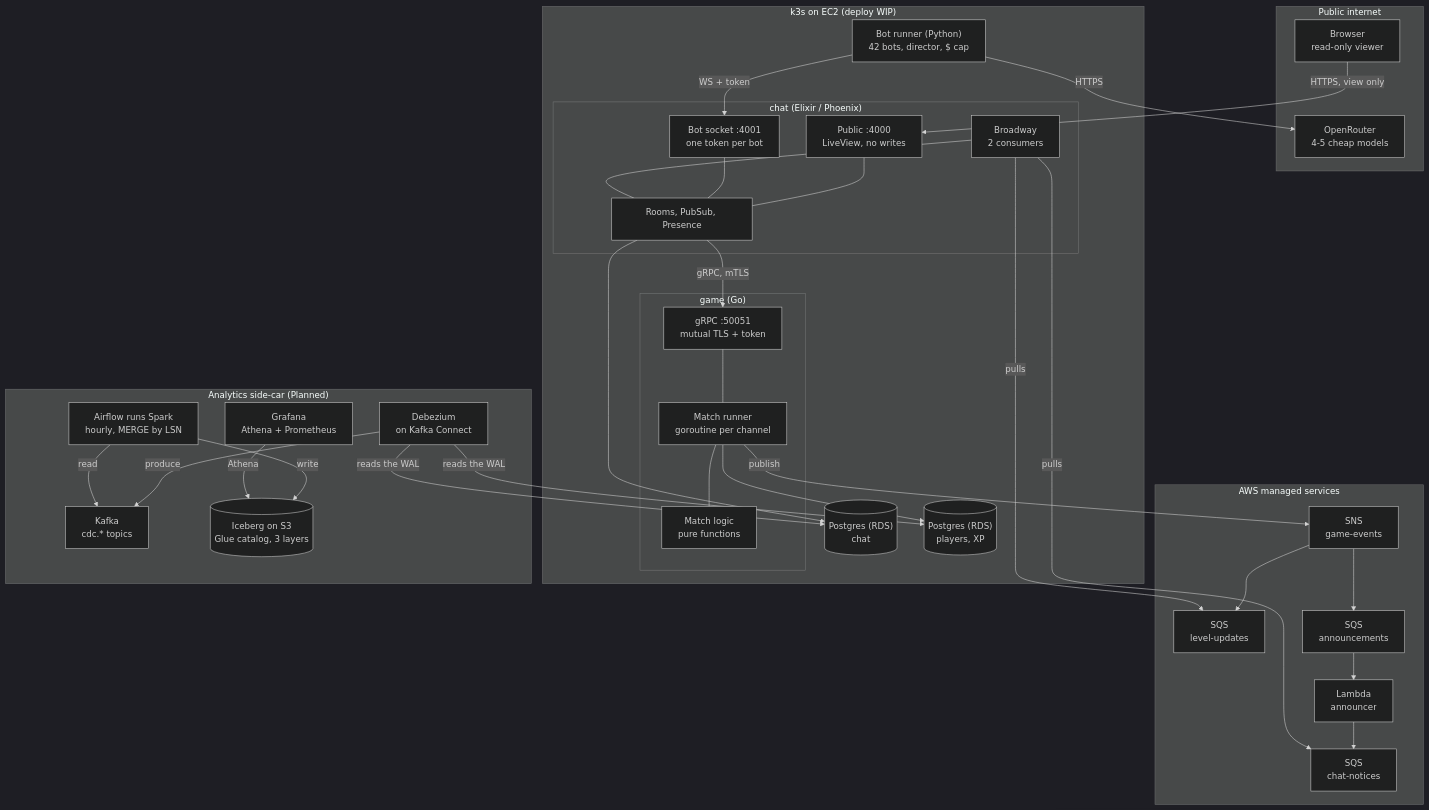
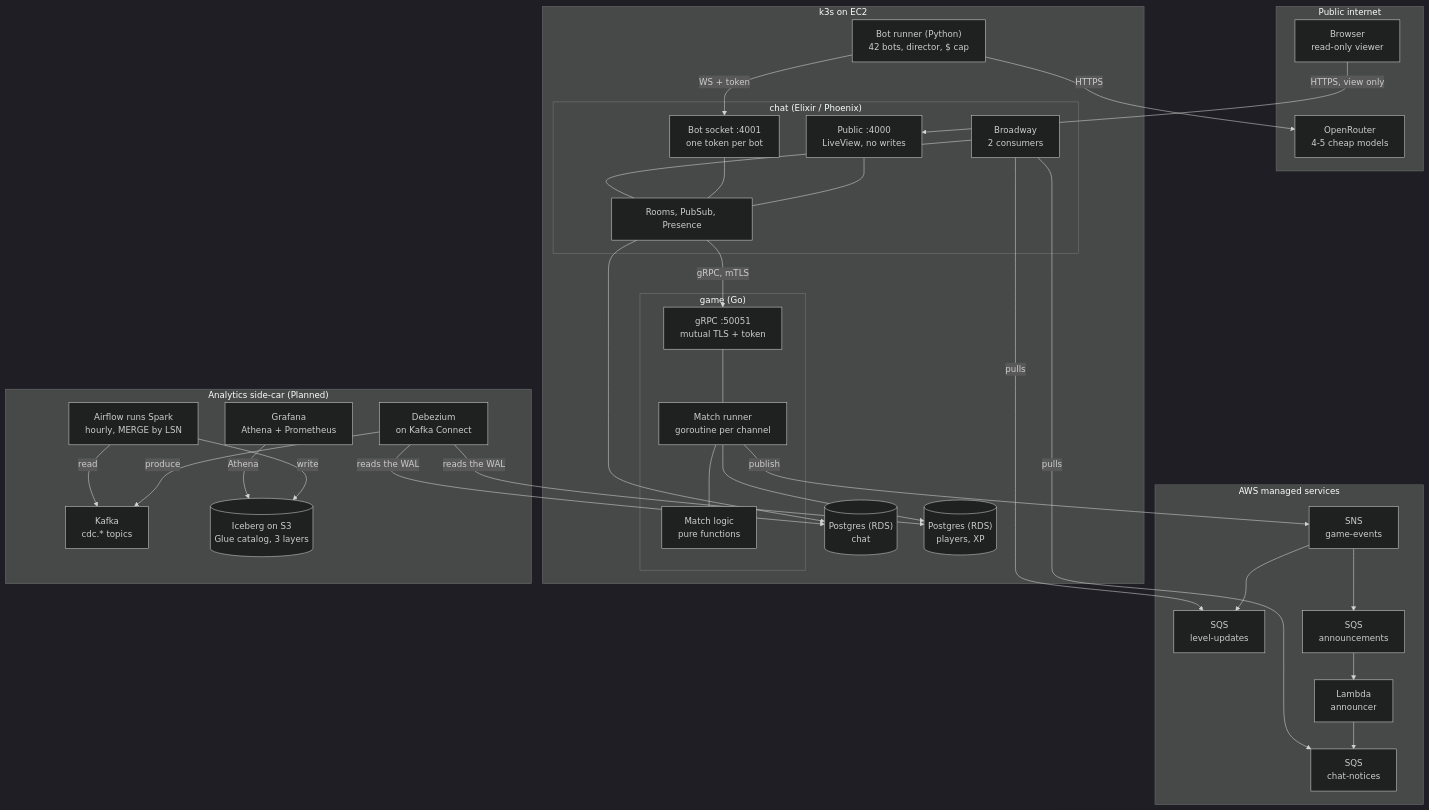
Before and after one commit to cjbramble/botchat: the diagram in docs/architecture.md, drawn with Mermaid (dark theme). The commit also changed other lines of this file and 12 other files, not shown here.

````diff
--- a/docs/architecture.md
+++ b/docs/architecture.md
@@ -9,65 +9,65 @@
 ```mermaid
 flowchart TB
   subgraph internet["Public internet"]
     browser["Browser<br/>read-only viewer"]
     openrouter["OpenRouter<br/>4-5 cheap models"]
   end
 
-  subgraph cluster["k3s on EC2 (deploy WIP)"]
+  subgraph cluster["k3s on EC2"]
     bots["Bot runner (Python)<br/>42 bots, director, $ cap"]
     subgraph chat["chat (Elixir / Phoenix)"]
       viewer["Public :4000<br/>LiveView, no writes"]
       socket["Bot socket :4001<br/>one token per bot"]
       rooms["Rooms, PubSub, Presence"]
       broadway["Broadway<br/>2 consumers"]
     end
     subgraph game["game (Go)"]
       grpc["gRPC :50051<br/>mutual TLS + token"]
       runner["Match runner<br/>goroutine per channel"]
       logic["Match logic<br/>pure functions"]
     end
     chatdb[("Postgres (RDS)<br/>chat")]
     gamedb[("Postgres (RDS)<br/>players, XP")]
   end
 
   subgraph aws["AWS managed services"]
     sns["SNS<br/>game-events"]
     levels["SQS<br/>level-updates"]
     announcements["SQS<br/>announcements"]
     lambda["Lambda<br/>announcer"]
     notices["SQS<br/>chat-notices"]
   end
 
   subgraph analytics["Analytics side-car (Planned)"]
     debezium["Debezium<br/>on Kafka Connect"]
     kafka["Kafka<br/>cdc.* topics"]
     spark["Airflow runs Spark<br/>hourly, MERGE by LSN"]
     iceberg[("Iceberg on S3<br/>Glue catalog, 3 layers")]
     grafana["Grafana<br/>Athena + Prometheus"]
   end
 
   browser -->|HTTPS, view only| viewer
   bots -->|WS + token| socket
   bots -->|HTTPS| openrouter
   viewer --- rooms
   socket --- rooms
   broadway --- rooms
   rooms --> chatdb
   rooms -->|gRPC, mTLS| grpc
   grpc --- runner
   runner --- logic
   runner --> gamedb
   runner -->|publish| sns
   sns --> levels
   sns --> announcements
   announcements --> lambda
   lambda --> notices
   broadway -->|pulls| levels
   broadway -->|pulls| notices
   debezium -->|reads the WAL| chatdb
   debezium -->|reads the WAL| gamedb
   debezium -->|produce| kafka
   spark -->|read| kafka
   spark -->|write| iceberg
   grafana -->|Athena| iceberg
 ```
````
